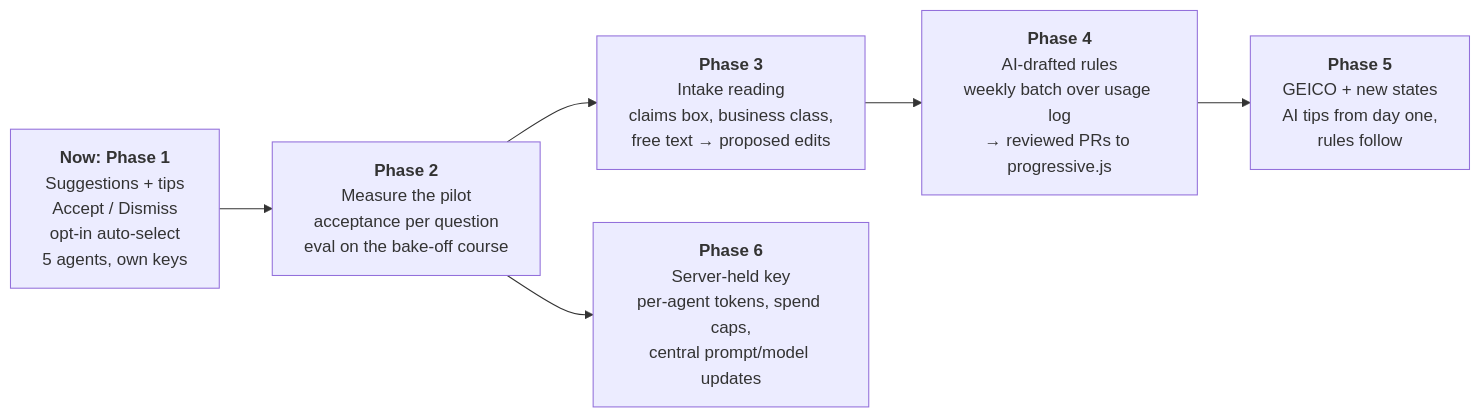
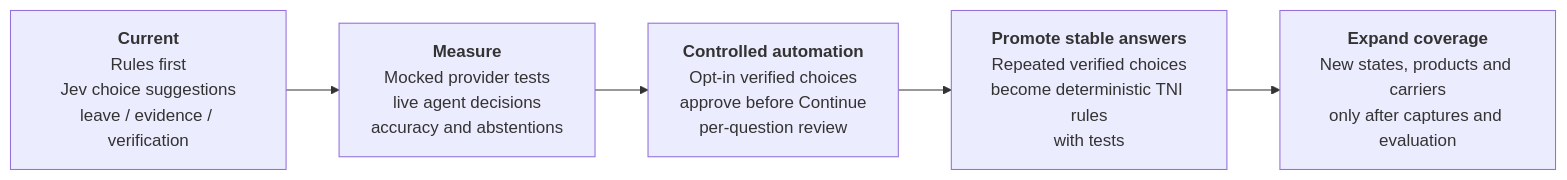
One commit to lutfikeskin/tni-rater-autofill changed the fourth of 5 diagrams in docs/ai-assistant.md. Above: the diagram before and after it, drawn with Mermaid. The commit also changed other lines of this file and 20 other files, not shown here.

First line of the commit message:
feat(ai): Replace Luna with evidence-checked Jev decisions

````diff
--- a/docs/ai-assistant.md
+++ b/docs/ai-assistant.md
@@ -124,11 +178,9 @@
 ```mermaid
 flowchart LR
-  P0["<b>Now: Phase 1</b><br/>Suggestions + tips<br/>Accept / Dismiss<br/>opt-in auto-select<br/>5 agents, own keys"]
-  P1["<b>Phase 2</b><br/>Measure the pilot<br/>acceptance per question<br/>eval on the bake-off course"]
-  P2["<b>Phase 3</b><br/>Intake reading<br/>claims box, business class,<br/>free text → proposed edits"]
-  P3["<b>Phase 4</b><br/>AI-drafted rules<br/>weekly batch over usage log<br/>→ reviewed PRs to progressive.js"]
-  P4["<b>Phase 5</b><br/>GEICO + new states<br/>AI tips from day one,<br/>rules follow"]
-  P5["<b>Phase 6</b><br/>Server-held key<br/>per-agent tokens, spend caps,<br/>central prompt/model updates"]
+  P0["<b>Current</b><br/>Rules first<br/>Jev choice suggestions<br/>leave / evidence / verification"]
+  P1["<b>Measure</b><br/>Mocked provider tests<br/>live agent decisions<br/>accuracy and abstentions"]
+  P2["<b>Controlled automation</b><br/>Opt-in verified choices<br/>approve before Continue<br/>per-question review"]
+  P3["<b>Promote stable answers</b><br/>Repeated verified choices<br/>become deterministic TNI rules<br/>with tests"]
+  P4["<b>Expand coverage</b><br/>New states, products and carriers<br/>only after captures and evaluation"]
   P0 --> P1 --> P2 --> P3 --> P4
-  P1 --> P5
 ```
````
